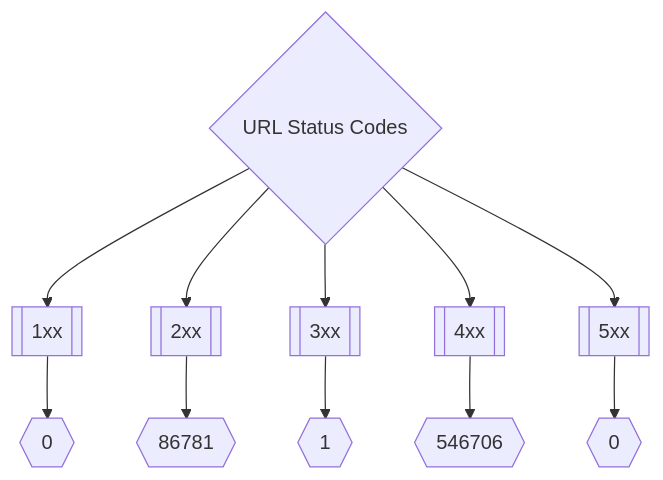
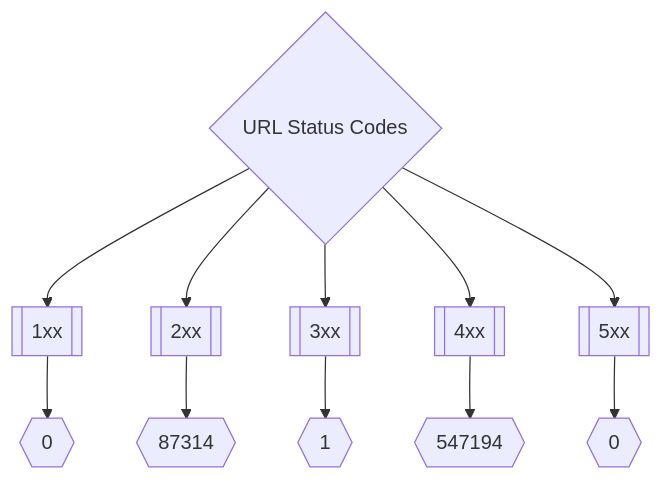
Before and after one commit to trickest/inventory: the second of 3 diagrams in README.md, drawn with Mermaid. The commit also changed other lines of this file, not shown here.

Commit message:
Update README.md Sat Jun 11 16:32:46 UTC 2022

````diff
--- a/README.md
+++ b/README.md
@@ -173,8 +173,8 @@
 ```mermaid
 graph TD
 title{URL Status Codes} --> 1xx[[1xx]] --> status1xxNum{{0}}
-title --> 2xx[[2xx]] --> status2xxNum{{86781}}
+title --> 2xx[[2xx]] --> status2xxNum{{87314}}
 title --> 3xx[[3xx]] --> status3xxNum{{1}}
-title --> 4xx[[4xx]] --> status4xxNum{{546706}}
+title --> 4xx[[4xx]] --> status4xxNum{{547194}}
 title --> 5xx[[5xx]] --> status5xxNum{{0}}
 ```
````
